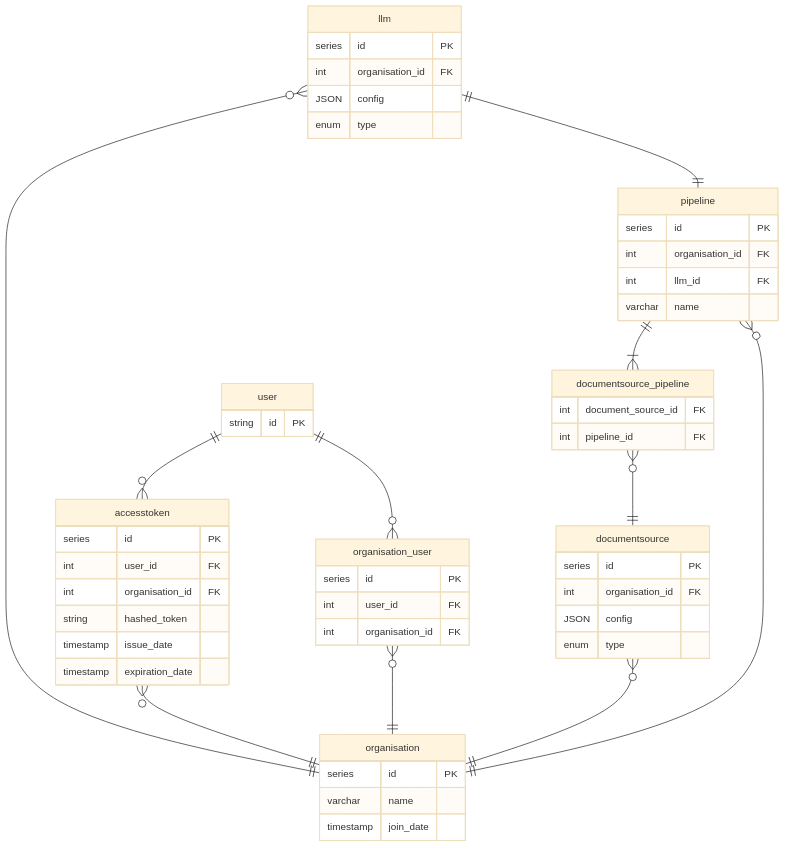
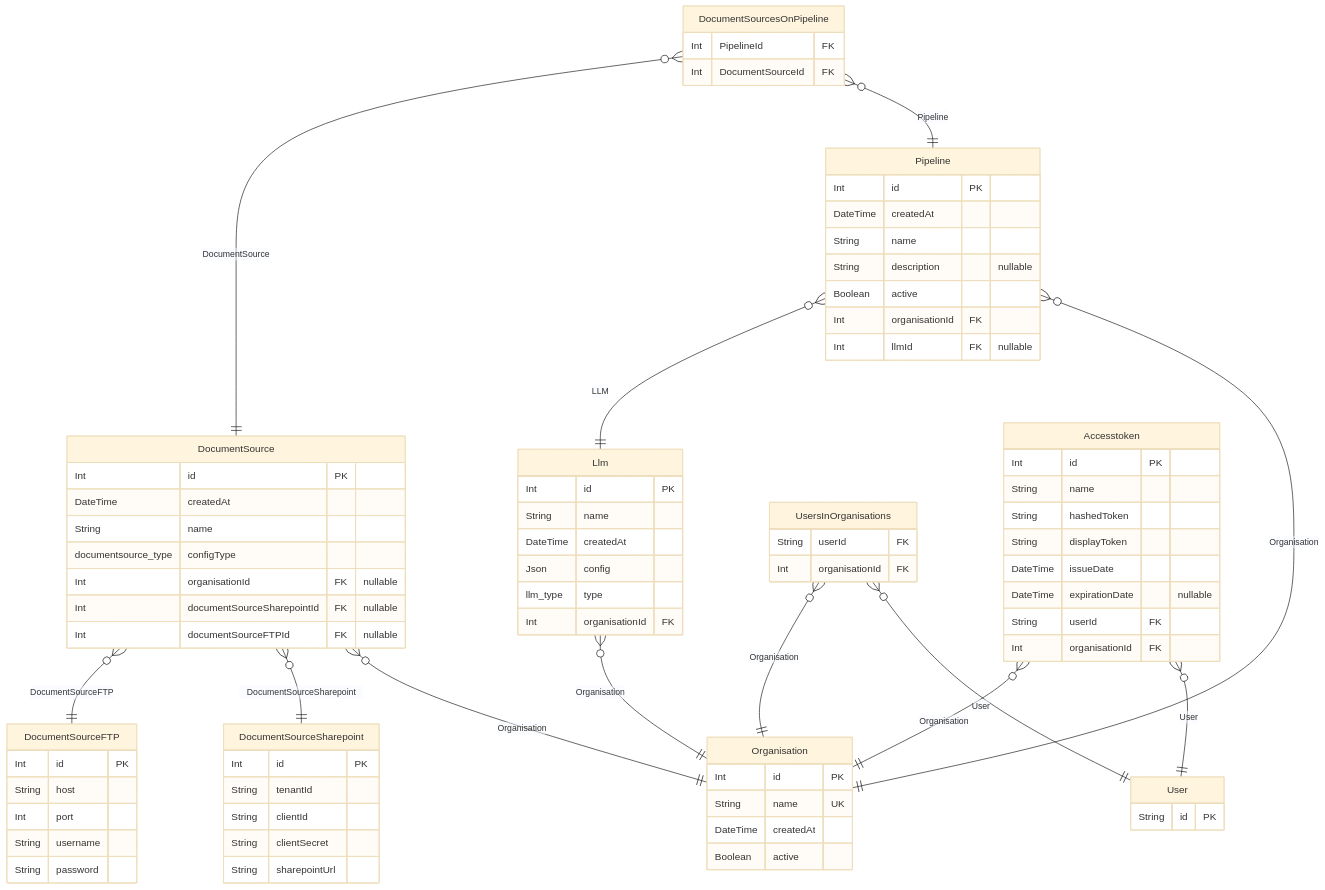
Before and after one commit to cy2hq/fontys-project-faqllm23-documentation: the diagram in README.md, drawn with Mermaid (base theme). The commit also changed other lines of this file, not shown here.

````diff
--- a/README.md
+++ b/README.md
@@ -3,69 +1,82 @@
 ```mermaid
 erDiagram
-
-pipeline ||--|{ documentsource_pipeline : ""
-documentsource_pipeline }o--|| documentsource: ""
-organisation ||--o{ pipeline: ""
-documentsource }o--|| organisation: ""
-llm }o--|| organisation: ""
-
-accesstoken }o--|| organisation: ""
-user ||--o{ accesstoken: ""  
-
-user ||--o{ organisation_user : ""
-
-organisation_user }o--|| organisation: ""
-
-llm ||--|| pipeline : ""
-
-organisation {
-    series id PK
-    varchar name
-    timestamp join_date
+"Llm" {
+    Int id PK
+    String name
+    DateTime createdAt
+    Json config
+    llm_type type
+    Int organisationId FK
 }
-
-user {
-    string id PK
+"DocumentSourceSharepoint" {
+    Int id PK
+    String tenantId
+    String clientId
+    String clientSecret
+    String sharepointUrl
 }
-
-accesstoken {
-    series id PK
-    int user_id FK
-    int organisation_id FK
-    string hashed_token
-    timestamp issue_date
-    timestamp expiration_date
+"DocumentSourceFTP" {
+    Int id PK
+    String host
+    Int port
+    String username
+    String password
 }
-
-documentsource {
-    series id PK
-    int organisation_id FK
-    JSON config
-    enum type
+"Pipeline" {
+    Int id PK
+    DateTime createdAt
+    String name
+    String description "nullable"
+    Boolean active
+    Int organisationId FK
+    Int llmId FK "nullable"
 }
-
-pipeline {
-    series id PK
-    int organisation_id FK
-    int llm_id FK
-    varchar name
+"DocumentSourcesOnPipeline" {
+    Int PipelineId FK
+    Int DocumentSourceId FK
 }
-
-llm {
-    series id PK
-    int organisation_id FK
-    JSON config
-    enum type
+"DocumentSource" {
+    Int id PK
+    DateTime createdAt
+    String name
+    documentsource_type configType
+    Int organisationId FK "nullable"
+    Int documentSourceSharepointId FK "nullable"
+    Int documentSourceFTPId FK "nullable"
 }
-
-documentsource_pipeline {
-    int document_source_id FK
-    int pipeline_id FK
+"Organisation" {
+    Int id PK
+    String name UK
+    DateTime createdAt
+    Boolean active
 }
-
-organisation_user { 
-    series id PK
-    int user_id FK
-    int organisation_id FK
+"UsersInOrganisations" {
+    String userId FK
+    Int organisationId FK
 }
+"Accesstoken" {
+    Int id PK
+    String name
+    String hashedToken
+    String displayToken
+    DateTime issueDate
+    DateTime expirationDate "nullable"
+    String userId FK
+    Int organisationId FK
+}
+"User" {
+    String id PK
+}
+"Llm" }o--|| "Organisation" : Organisation
+"Pipeline" }o--|| "Organisation" : Organisation
+"Pipeline" }o--|| "Llm" : LLM
+"DocumentSourcesOnPipeline" }o--|| "Pipeline" : Pipeline
+"DocumentSourcesOnPipeline" }o--|| "DocumentSource" : DocumentSource
+"DocumentSource" }o--|| "Organisation" : Organisation
+"DocumentSource" }o--|| "DocumentSourceSharepoint" : DocumentSourceSharepoint
+"DocumentSource" }o--|| "DocumentSourceFTP" : DocumentSourceFTP
+"UsersInOrganisations" }o--|| "User" : User
+"UsersInOrganisations" }o--|| "Organisation" : Organisation
+"Accesstoken" }o--|| "User" : User
+"Accesstoken" }o--|| "Organisation" : Organisation
 ```
````
